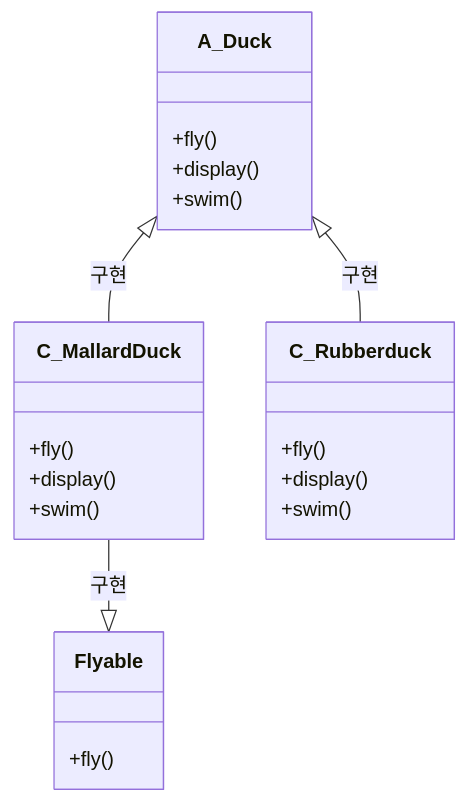
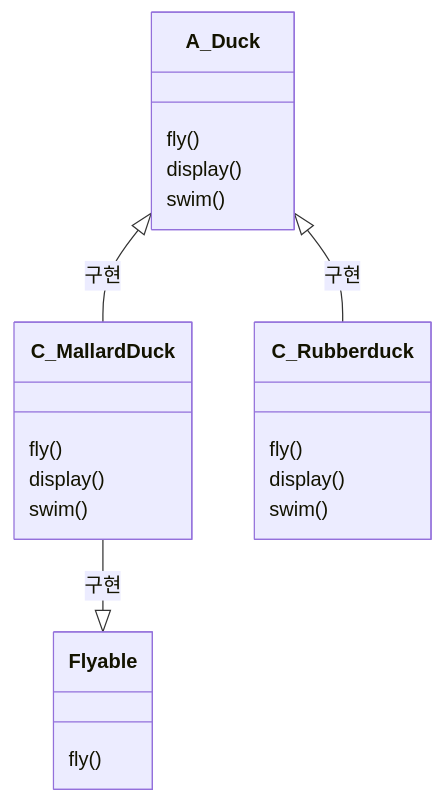
Before and after one commit to changja88/DesignPattern: the third of 4 diagrams in src/main/정리/1_StrageyPattern.md, drawn with Mermaid. The commit also changed other lines of this file and 12 other files, not shown here.

````diff
--- a/src/main/정리/1_StrageyPattern.md
+++ b/src/main/정리/1_StrageyPattern.md
@@ -64,24 +64,24 @@
 ```mermaid
 classDiagram
 A_Duck <|-- C_MallardDuck: 구현 
 A_Duck <|-- C_Rubberduck : 구현
 C_MallardDuck --<| Flyable : 구현
 class Flyable{
-+fly()
+fly()
 }
 class A_Duck{
-    +fly()
-    +display()
-    +swim()
+    fly()
+    display()
+    swim()
 }
 class C_MallardDuck{
-    +fly()
-    +display()
-    +swim()
+    fly()
+    display()
+    swim()
 }
 class C_Rubberduck{
-    +fly()
-    +display()
-    +swim()
+    fly()
+    display()
+    swim()
 }
 ```
````
